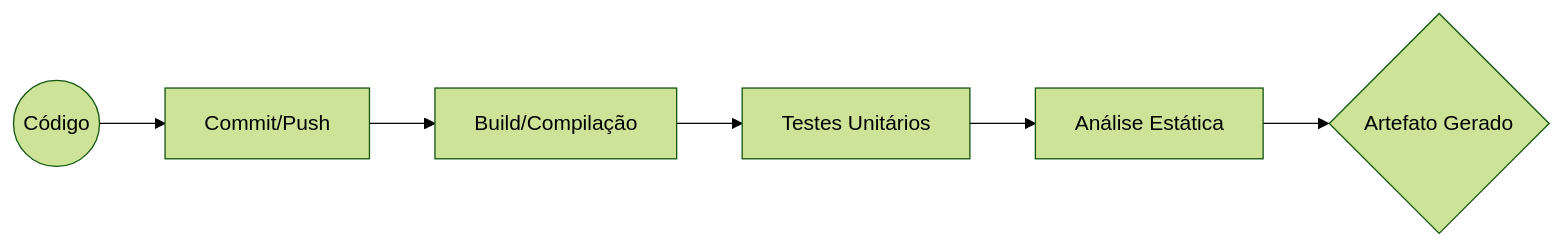
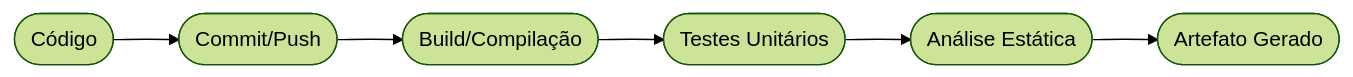
Before and after one commit to ricardotecpro/ads_mod_13_devops_e_cloud: the diagram in docs/aulas/aula-05.md, drawn with Mermaid (forest theme). The commit also changed other lines of this file and 66 other files, not shown here.

````diff
--- a/docs/aulas/aula-05.md
+++ b/docs/aulas/aula-05.md
@@ -23,8 +23,8 @@
 ```mermaid
 graph LR
-    Code((Código)) --> Commit[Commit/Push]
-    Commit --> Build[Build/Compilação]
-    Build --> Unit[Testes Unitários]
-    Unit --> Static[Análise Estática]
-    Static --> Artifact{Artefato Gerado}
+    Code(["Código"]) --> Commit(["Commit/Push"])
+    Commit --> Build(["Build/Compilação"])
+    Build --> Unit(["Testes Unitários"])
+    Unit --> Static(["Análise Estática"])
+    Static --> Artifact(["Artefato Gerado"])
 ```
````
